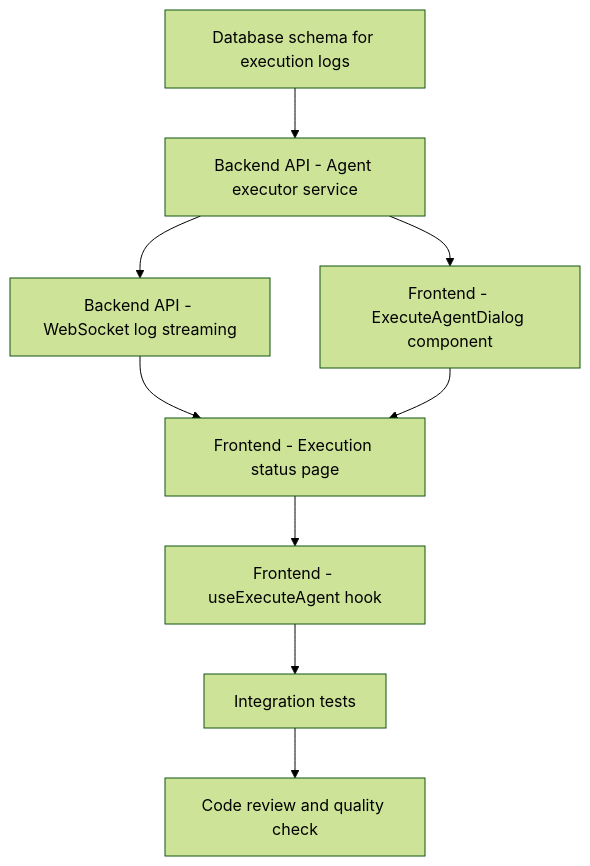
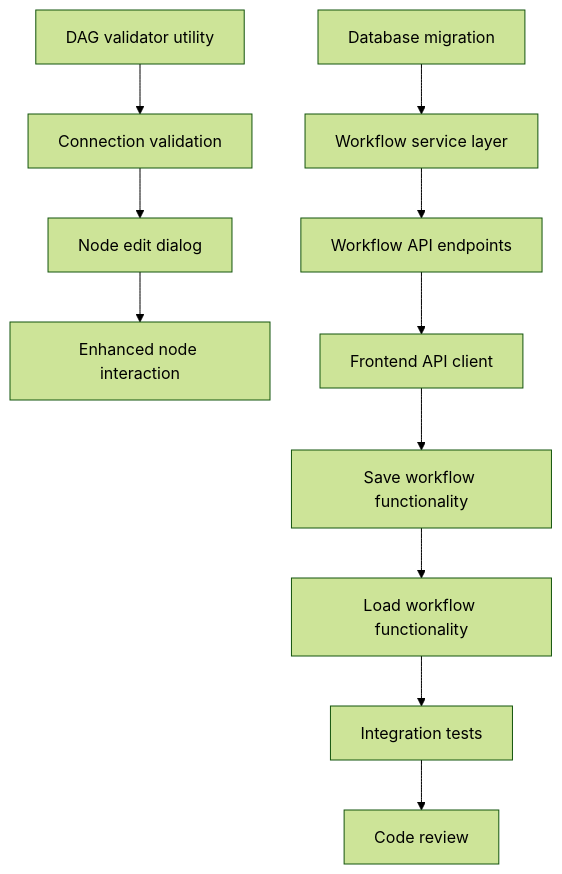
Before and after one commit to ShunsukeHayashi/miyabi-code: the diagram in Plans.md, drawn with Mermaid (forest theme). The commit also changed other lines of this file and 15 other files, not shown here.

First line of the commit message:
feat(workflow-editor): DAG validation & node editing (#176)

````diff
--- a/Plans.md
+++ b/Plans.md
@@ -160,20 +342,26 @@
 ```mermaid
 graph TD
-    task_428_db_schema["Database schema for execution logs"]
-    task_428_backend_service["Backend API - Agent executor service"]
-    task_428_websocket["Backend API - WebSocket log streaming"]
-    task_428_dialog["Frontend - ExecuteAgentDialog component"]
-    task_428_status_page["Frontend - Execution status page"]
-    task_428_hook["Frontend - useExecuteAgent hook"]
-    task_428_tests["Integration tests"]
-    task_428_review["Code review and quality check"]
+    task_176_dag_validator["DAG validator utility"]
+    task_176_connection_validation["Connection validation"]
+    task_176_node_edit_dialog["Node edit dialog"]
+    task_176_node_interaction["Enhanced node interaction"]
+    task_176_db_migration["Database migration"]
+    task_176_workflow_service["Workflow service layer"]
+    task_176_api_endpoints["Workflow API endpoints"]
+    task_176_api_client["Frontend API client"]
+    task_176_save_workflow["Save workflow functionality"]
+    task_176_load_workflow["Load workflow functionality"]
+    task_176_tests["Integration tests"]
+    task_176_review["Code review"]
 
-    task_428_db_schema --> task_428_backend_service
-    task_428_backend_service --> task_428_websocket
-    task_428_backend_service --> task_428_dialog
-    task_428_websocket --> task_428_status_page
-    task_428_dialog --> task_428_status_page
-    task_428_status_page --> task_428_hook
-    task_428_hook --> task_428_tests
-    task_428_tests --> task_428_review
+    task_176_dag_validator --> task_176_connection_validation
+    task_176_connection_validation --> task_176_node_edit_dialog
+    task_176_node_edit_dialog --> task_176_node_interaction
+    task_176_db_migration --> task_176_workflow_service
+    task_176_workflow_service --> task_176_api_endpoints
+    task_176_api_endpoints --> task_176_api_client
+    task_176_api_client --> task_176_save_workflow
+    task_176_save_workflow --> task_176_load_workflow
+    task_176_load_workflow --> task_176_tests
+    task_176_tests --> task_176_review
 ```
````
